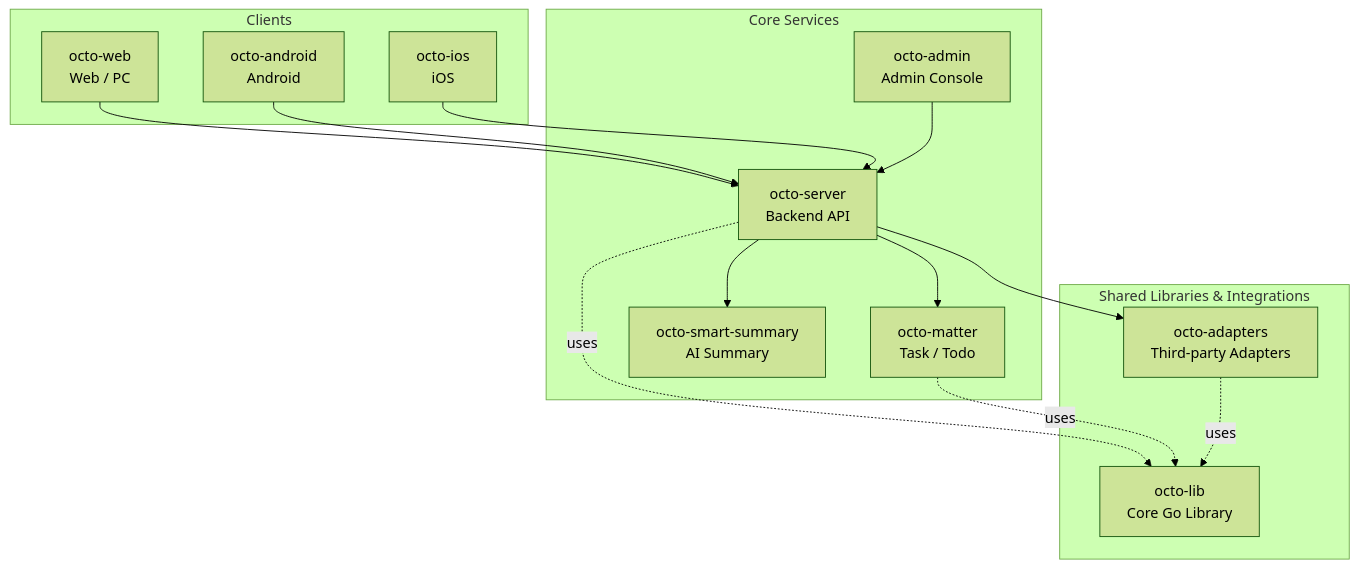
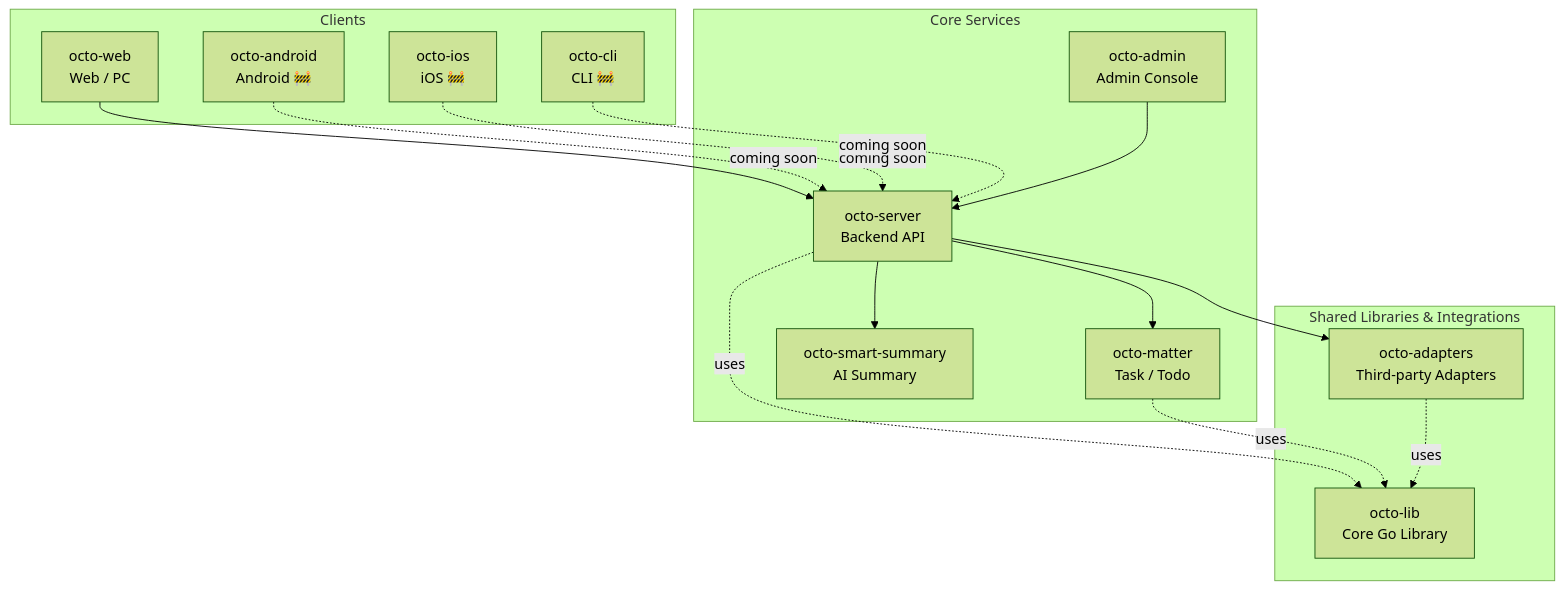
The diagram in README.md (Mininglamp-OSS/community), drawn with Mermaid (forest theme) before and after one commit. The commit also changed other lines of this file and 1 other file, not shown here.

Commit message:
docs: mark octo-android, octo-ios, octo-cli as coming soon in ecosystem

````diff
--- a/README.md
+++ b/README.md
@@ -50,31 +50,33 @@
 ```mermaid
 graph TD
   subgraph Clients[Clients]
     Web[octo-web<br/>Web / PC]
-    Android[octo-android<br/>Android]
-    iOS[octo-ios<br/>iOS]
+    Android[octo-android<br/>Android 🚧]
+    iOS[octo-ios<br/>iOS 🚧]
+    CLI[octo-cli<br/>CLI 🚧]
   end
 
   subgraph Core[Core Services]
     Server[octo-server<br/>Backend API]
     Matter[octo-matter<br/>Task / Todo]
     Summary[octo-smart-summary<br/>AI Summary]
     Admin[octo-admin<br/>Admin Console]
   end
 
   subgraph Shared[Shared Libraries & Integrations]
     Lib[octo-lib<br/>Core Go Library]
     Adapters[octo-adapters<br/>Third-party Adapters]
   end
 
   Web --> Server
-  Android --> Server
-  iOS --> Server
+  Android -.coming soon.-> Server
+  iOS -.coming soon.-> Server
+  CLI -.coming soon.-> Server
   Admin --> Server
   Server --> Matter
   Server --> Summary
   Server --> Adapters
   Server -.uses.-> Lib
   Matter -.uses.-> Lib
   Adapters -.uses.-> Lib
 ```
````
